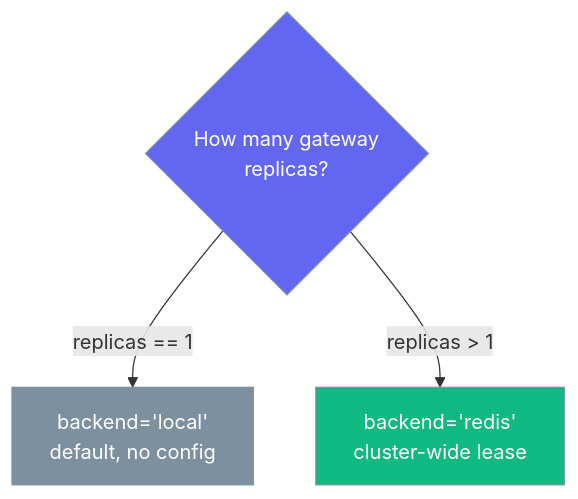
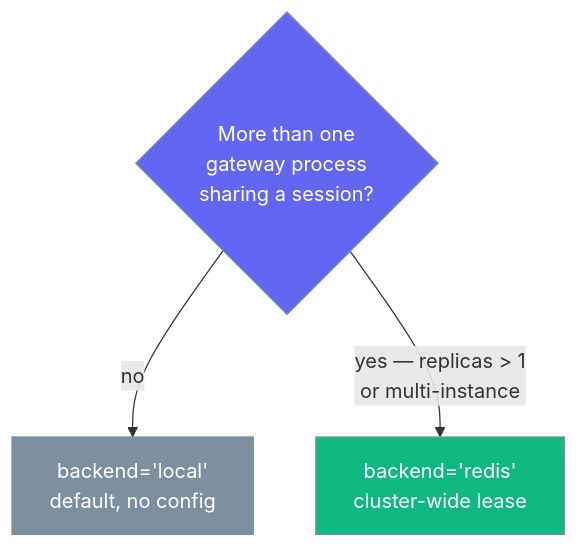
The fourth of 4 diagrams in docs/features/gateway-turn-lock.mdx (MervinPraison/PraisonAIDocs), drawn with Mermaid before and after one commit. The commit also changed other lines of this file, not shown here.

First line of the commit message:
docs: reflect shipped Redis turn lock backend (fixes #3654)

````diff
--- a/docs/features/gateway-turn-lock.mdx
+++ b/docs/features/gateway-turn-lock.mdx
@@ -141,13 +210,13 @@
 ```mermaid
 graph TB
-    Start{How many gateway<br/>replicas?} -->|replicas == 1| Local[backend='local'<br/>default, no config]
-    Start -->|replicas > 1| Redis[backend='redis'<br/>cluster-wide lease]
+    Start{More than one<br/>gateway process<br/>sharing a session?} -->|no| Local[backend='local'<br/>default, no config]
+    Start -->|yes — replicas &gt; 1<br/>or multi-instance| Redis[backend='redis'<br/>cluster-wide lease]
 
     classDef q fill:#6366F1,stroke:#7C90A0,color:#fff
     classDef off fill:#7C90A0,stroke:#7C90A0,color:#fff
     classDef opt fill:#10B981,stroke:#7C90A0,color:#fff
 
     class Start q
     class Local off
     class Redis opt
 ```
````
